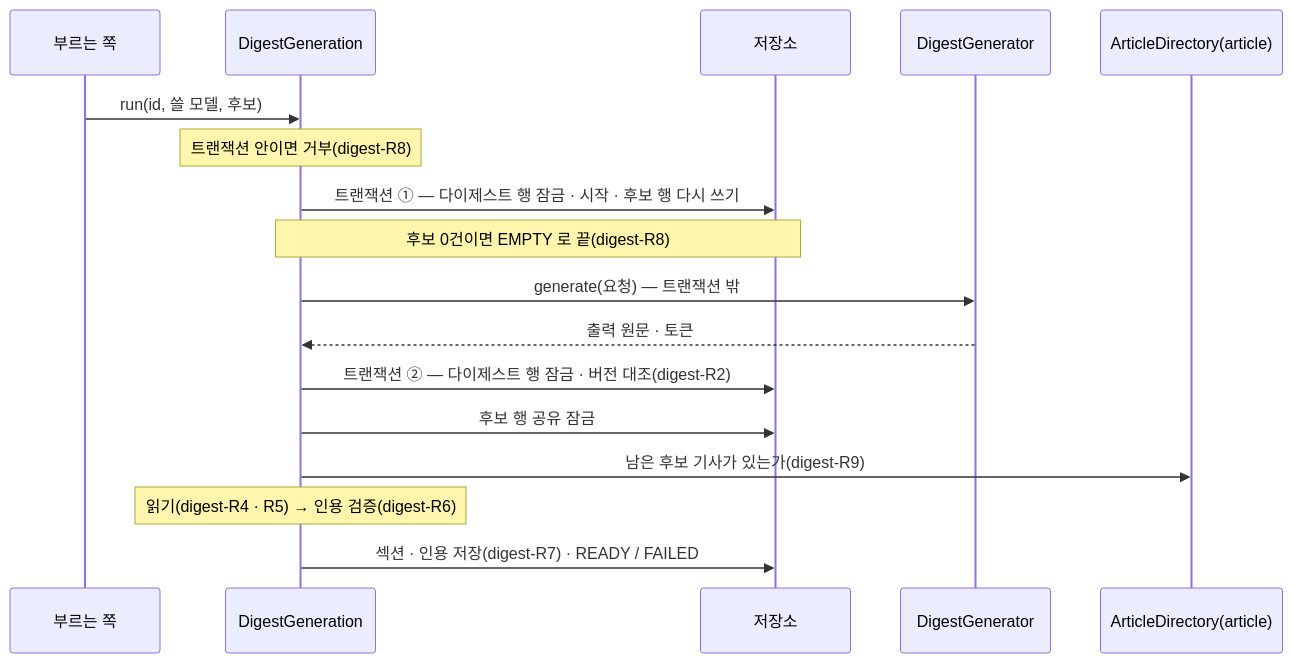
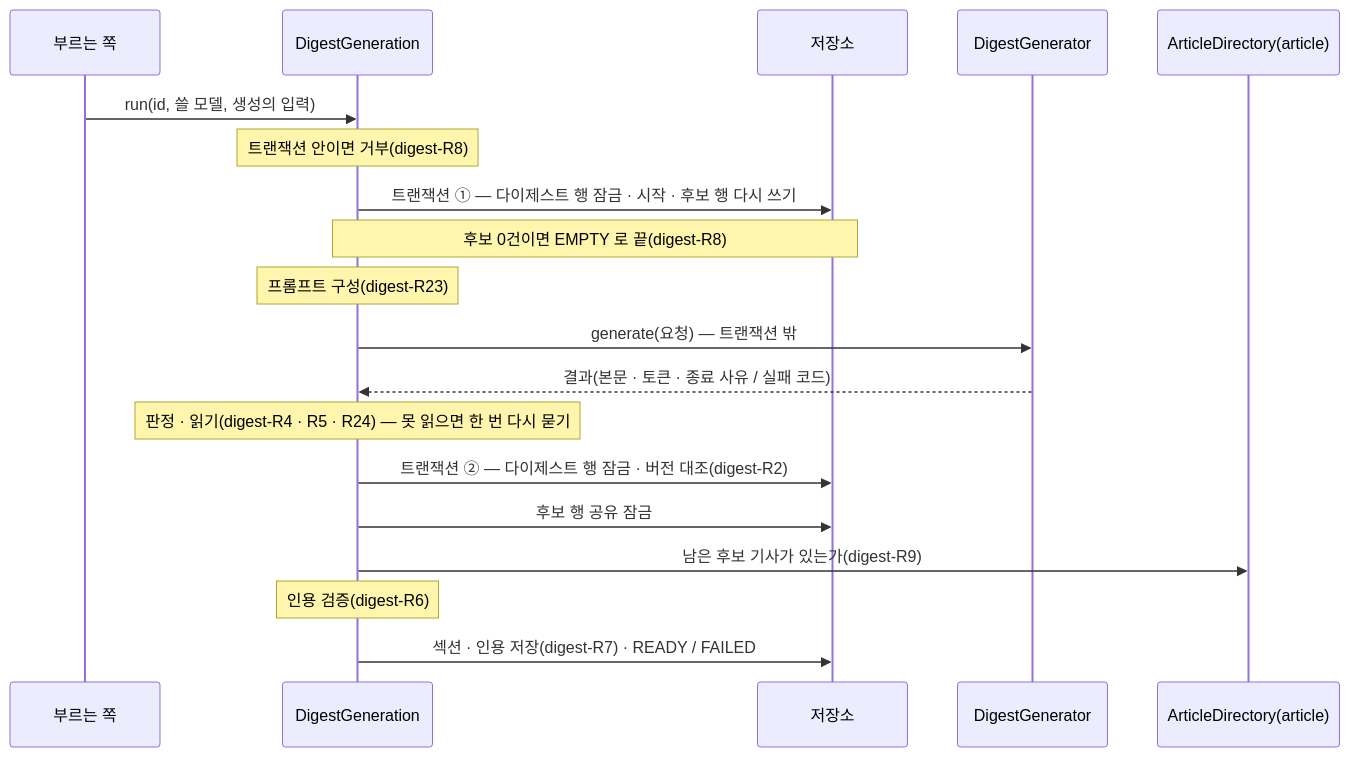
Before and after one commit to Theia0382/yozm-news: the diagram in docs/specs/digest.md, drawn with Mermaid. The commit also changed other lines of this file and 34 other files, not shown here.

````diff
--- a/docs/specs/digest.md
+++ b/docs/specs/digest.md
@@ -93,19 +100,21 @@
 ```mermaid
 sequenceDiagram
     participant U as 부르는 쪽
     participant G as DigestGeneration
     participant DB as 저장소
     participant X as DigestGenerator
     participant A as ArticleDirectory(article)
-    U->>G: run(id, 쓸 모델, 후보)
+    U->>G: run(id, 쓸 모델, 생성의 입력)
     Note over G: 트랜잭션 안이면 거부(digest-R8)
     G->>DB: 트랜잭션 ① — 다이제스트 행 잠금 · 시작 · 후보 행 다시 쓰기
     Note over G,DB: 후보 0건이면 EMPTY 로 끝(digest-R8)
+    Note over G: 프롬프트 구성(digest-R23)
     G->>X: generate(요청) — 트랜잭션 밖
-    X-->>G: 출력 원문 · 토큰
+    X-->>G: 결과(본문 · 토큰 · 종료 사유 / 실패 코드)
+    Note over G: 판정 · 읽기(digest-R4 · R5 · R24) — 못 읽으면 한 번 다시 묻기
     G->>DB: 트랜잭션 ② — 다이제스트 행 잠금 · 버전 대조(digest-R2)
     G->>DB: 후보 행 공유 잠금
     G->>A: 남은 후보 기사가 있는가(digest-R9)
-    Note over G: 읽기(digest-R4 · R5) → 인용 검증(digest-R6)
+    Note over G: 인용 검증(digest-R6)
     G->>DB: 섹션 · 인용 저장(digest-R7) · READY / FAILED
 ```
````
